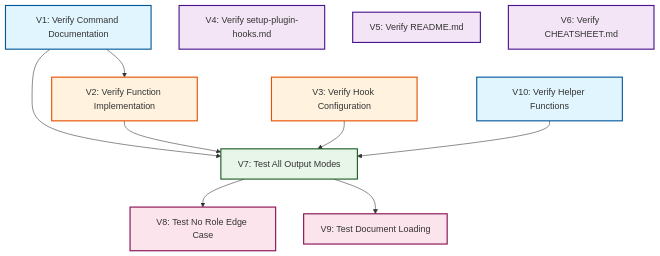
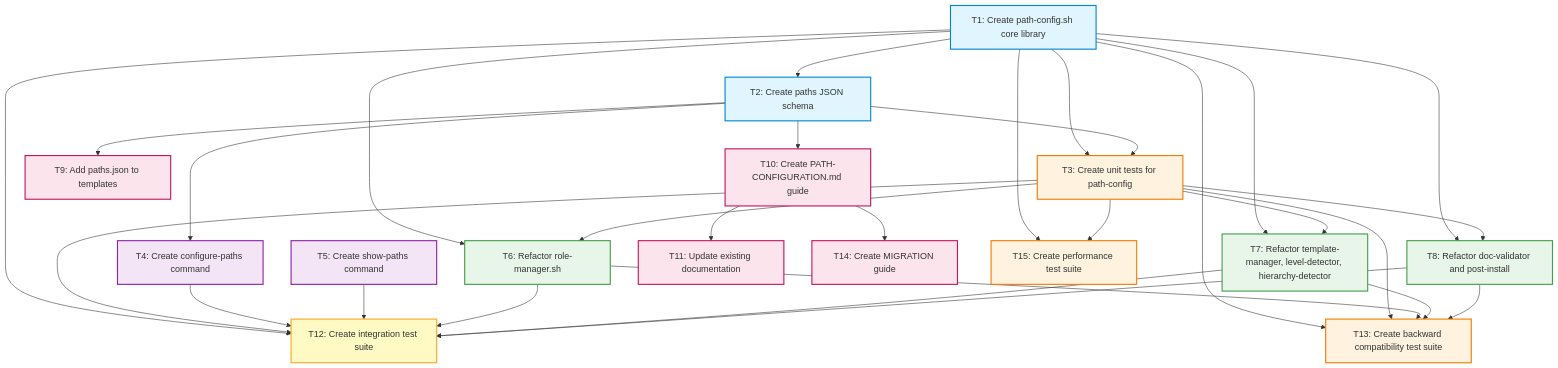
One commit to WAdamBrooksFS/role-context-manager-marketplace changed the diagram in task-graph.mmd. Above: the diagram before and after it, drawn with Mermaid. The commit also changed 37 other files, not shown here.

First line of the commit message:
feat: Add customizable path configuration system

```diff
--- a/task-graph.mmd
+++ b/task-graph.mmd
@@ -1,33 +1,74 @@
 graph TD
-    V1[V1: Verify Command Documentation]
-    V2[V2: Verify Function Implementation]
-    V3[V3: Verify Hook Configuration]
-    V4[V4: Verify setup-plugin-hooks.md]
-    V5[V5: Verify README.md]
-    V6[V6: Verify CHEATSHEET.md]
-    V7[V7: Test All Output Modes]
-    V8[V8: Test No Role Edge Case]
-    V9[V9: Test Document Loading]
-    V10[V10: Verify Helper Functions]
+    T1[T1: Create path-config.sh core library]
+    T2[T2: Create paths JSON schema]
+    T3[T3: Create unit tests for path-config]
+    T4[T4: Create configure-paths command]
+    T5[T5: Create show-paths command]
+    T6[T6: Refactor role-manager.sh]
+    T7[T7: Refactor template-manager, level-detector, hierarchy-detector]
+    T8[T8: Refactor doc-validator and post-install]
+    T9[T9: Add paths.json to templates]
+    T10[T10: Create PATH-CONFIGURATION.md guide]
+    T11[T11: Update existing documentation]
+    T12[T12: Create integration test suite]
+    T13[T13: Create backward compatibility test suite]
+    T14[T14: Create MIGRATION guide]
+    T15[T15: Create performance test suite]
 
-    %% Dependencies
-    V1 --> V2
-    V1 --> V7
-    V2 --> V7
-    V3 --> V7
-    V10 --> V7
-    V7 --> V8
-    V7 --> V9
+    %% Phase 1: Foundation
+    T1 --> T2
+    T1 --> T3
+    T1 --> T6
+    T1 --> T7
+    T1 --> T8
+
+    %% Phase 2: Core Testing
+    T2 --> T3
+    T2 --> T4
+    T2 --> T9
+    T2 --> T10
+
+    %% Phase 3: User Commands (Parallel)
+    %% T4 and T5 can run in parallel after T2
+
+    %% Phase 4: Script Refactoring
+    T3 --> T6
+    T3 --> T7
+    T3 --> T8
+
+    %% Phase 5: Templates & Documentation (Parallel)
+    T10 --> T11
+    T10 --> T14
+
+    %% Phase 6: Integration Testing
+    T1 --> T12
+    T3 --> T12
+    T4 --> T12
+    T5 --> T12
+    T6 --> T12
+    T7 --> T12
+    T8 --> T12
+
+    T1 --> T13
+    T3 --> T13
+    T6 --> T13
+    T7 --> T13
+    T8 --> T13
+
+    T1 --> T15
+    T3 --> T15
 
     %% Styling
-    classDef phase1 fill:#e1f5ff,stroke:#01579b,stroke-width:2px
-    classDef phase2 fill:#fff3e0,stroke:#e65100,stroke-width:2px
-    classDef phase3 fill:#f3e5f5,stroke:#4a148c,stroke-width:2px
-    classDef phase4 fill:#e8f5e9,stroke:#1b5e20,stroke-width:2px
-    classDef phase5 fill:#fce4ec,stroke:#880e4f,stroke-width:2px
+    classDef foundation fill:#e1f5ff,stroke:#0288d1,stroke-width:2px
+    classDef testing fill:#fff3e0,stroke:#f57c00,stroke-width:2px
+    classDef command fill:#f3e5f5,stroke:#8e24aa,stroke-width:2px
+    classDef refactor fill:#e8f5e9,stroke:#43a047,stroke-width:2px
+    classDef docs fill:#fce4ec,stroke:#c2185b,stroke-width:2px
+    classDef integration fill:#fff9c4,stroke:#f9a825,stroke-width:2px
 
-    class V1,V10 phase1
-    class V2,V3 phase2
-    class V4,V5,V6 phase3
-    class V7 phase4
-    class V8,V9 phase5
+    class T1,T2 foundation
+    class T3,T13,T15 testing
+    class T4,T5 command
+    class T6,T7,T8 refactor
+    class T9,T10,T11,T14 docs
+    class T12 integration
```
